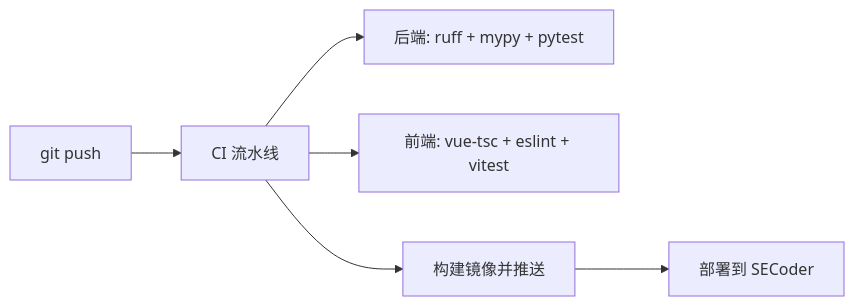
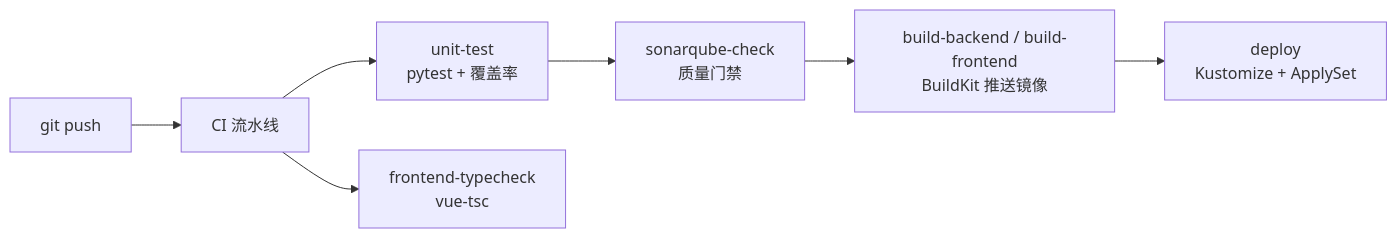
Before and after one commit to AketfONG/PotatoGroup: the second of 2 diagrams in docs/04-部署方案.md, drawn with Mermaid. The commit also changed other lines of this file and 2 other files, not shown here.

````diff
--- a/docs/04-部署方案.md
+++ b/docs/04-部署方案.md
@@ -77,8 +107,9 @@
 ```mermaid
 flowchart LR
     P[git push] --> CI[CI 流水线]
-    CI --> L1[后端: ruff + mypy + pytest]
-    CI --> L2[前端: vue-tsc + eslint + vitest]
-    CI --> L3[构建镜像并推送]
-    L3 --> CD[部署到 SECoder]
+    CI --> L1[unit-test<br/>pytest + 覆盖率]
+    CI --> L2[frontend-typecheck<br/>vue-tsc]
+    L1 --> Q[sonarqube-check<br/>质量门禁]
+    Q --> L3[build-backend / build-frontend<br/>BuildKit 推送镜像]
+    L3 --> CD[deploy<br/>Kustomize + ApplySet]
 ```
````
